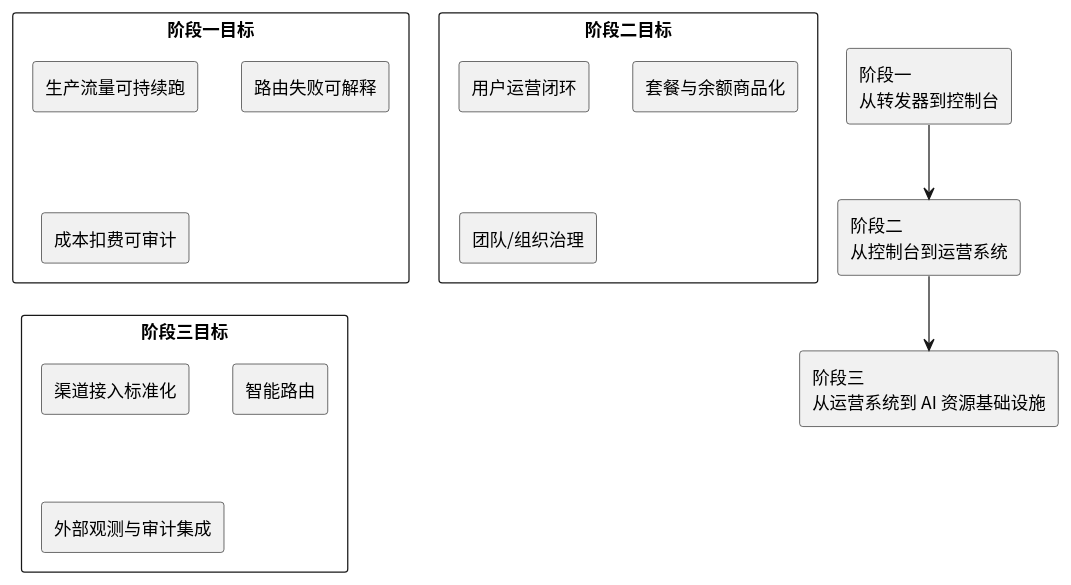
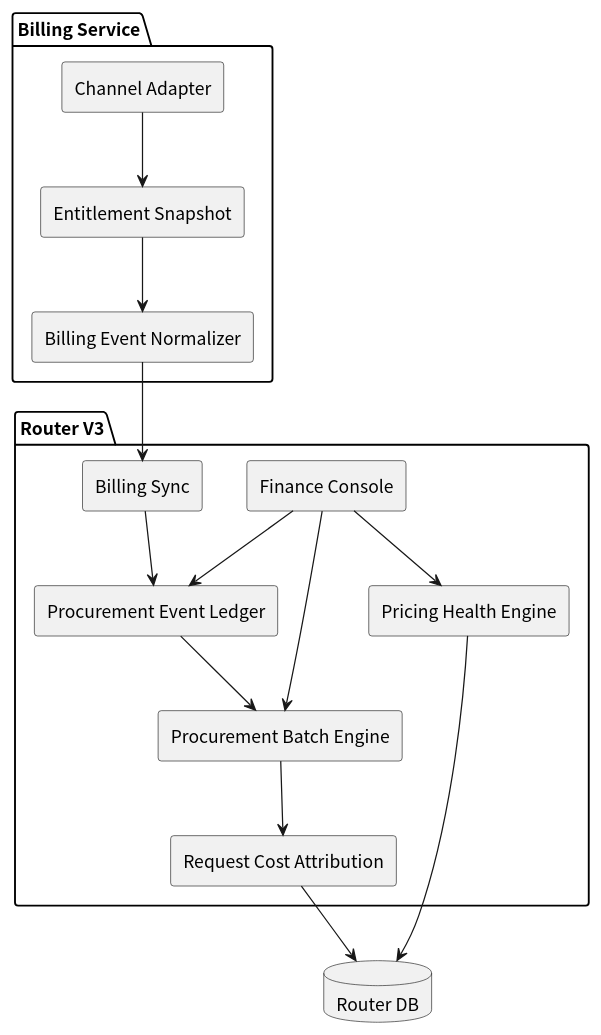
Before and after one commit to haiqinma/router: the diagram in docs/路由架构V3.md, drawn with PlantUML. The commit also changed other lines of this file and 1 other file, not shown here.

Commit message:
docs: define router v3 finance focus

````diff
--- a/docs/路由架构V3.md
+++ b/docs/路由架构V3.md
@@ -48,28 +25,36 @@
 ```plantuml
 @startuml
 skinparam componentStyle rectangle
 skinparam shadowing false
 skinparam defaultFontName "Noto Sans CJK SC"
 
-[阶段一\n从转发器到控制台] --> [阶段二\n从控制台到运营系统]
-[阶段二\n从控制台到运营系统] --> [阶段三\n从运营系统到 AI 资源基础设施]
-
-rectangle "阶段一目标" {
-  [生产流量可持续跑]
-  [路由失败可解释]
-  [成本扣费可审计]
+package "Billing Service" {
+  [Channel Adapter] as adapter
+  [Entitlement Snapshot] as snapshot
+  [Billing Event Normalizer] as normalizer
 }
 
-rectangle "阶段二目标" {
-  [用户运营闭环]
-  [套餐与余额商品化]
-  [团队/组织治理]
+package "Router V3" {
+  [Billing Sync] as sync
+  [Procurement Event Ledger] as ledger
+  [Procurement Batch Engine] as batch
+  [Request Cost Attribution] as attribution
+  [Pricing Health Engine] as pricing
+  [Finance Console] as console
 }
 
-rectangle "阶段三目标" {
-  [渠道接入标准化]
-  [智能路由]
-  [外部观测与审计集成]
-}
+database "Router DB" as db
+
+adapter --> snapshot
+snapshot --> normalizer
+normalizer --> sync
+sync --> ledger
+ledger --> batch
+batch --> attribution
+attribution --> db
+pricing --> db
+console --> ledger
+console --> batch
+console --> pricing
 @enduml
 ```
````
